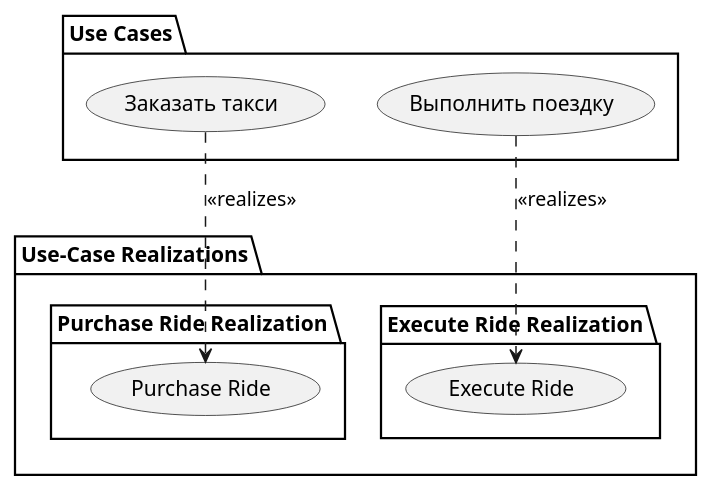
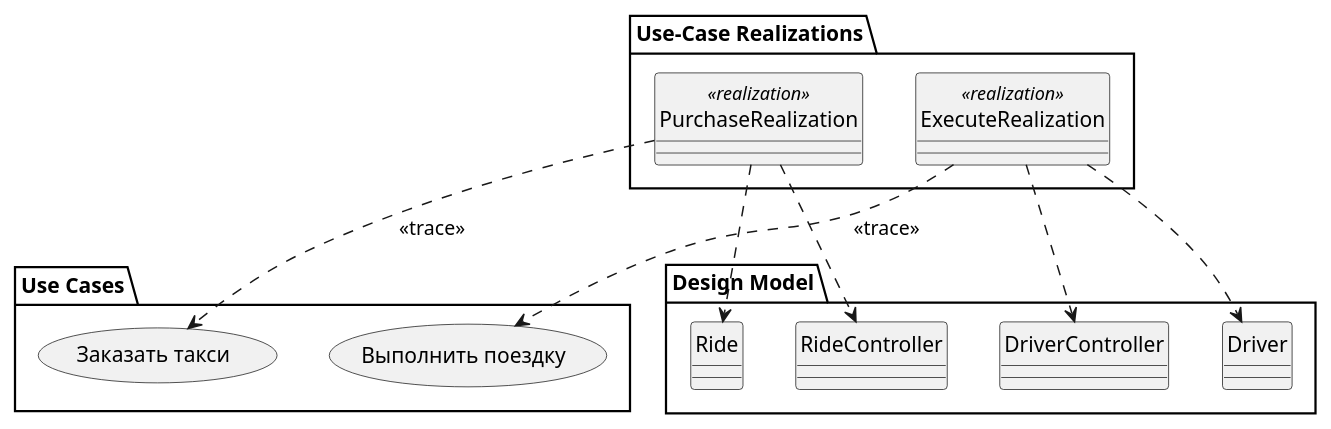
Before and after one commit to mm-shkurin/studies_2026: the diagram in SE/solution/lab2/diagrams/02_traceabilities_diagram.puml, drawn with PlantUML. The commit also changed 13 other files, not shown here.

```diff
--- a/SE/solution/lab2/diagrams/02_traceabilities_diagram.puml
+++ b/SE/solution/lab2/diagrams/02_traceabilities_diagram.puml
@@ -1,20 +1,29 @@
 @startuml 02_traceabilities_diagram
+allowmixing
 skinparam style strictuml
 
 package "Use Cases" {
   usecase "Заказать такси" as uc_purchase
   usecase "Выполнить поездку" as uc_execute
 }
 
 package "Use-Case Realizations" {
-  package "Purchase Ride Realization" {
-    usecase "Purchase Ride" as uc_real_purchase
-  }
-  package "Execute Ride Realization" {
-    usecase "Execute Ride" as uc_real_execute
-  }
+  class "PurchaseRealization" as r_purchase <<realization>>
+  class "ExecuteRealization" as r_execute <<realization>>
 }
 
-uc_purchase ..> uc_real_purchase : <<realizes>>
-uc_execute ..> uc_real_execute : <<realizes>>
+package "Design Model" {
+  class RideController
+  class Ride
+  class DriverController
+  class Driver
+}
+
+r_purchase ..> uc_purchase : <<trace>>
+r_execute ..> uc_execute : <<trace>>
+
+r_purchase ..> RideController
+r_purchase ..> Ride
+r_execute ..> DriverController
+r_execute ..> Driver
 @enduml
```
